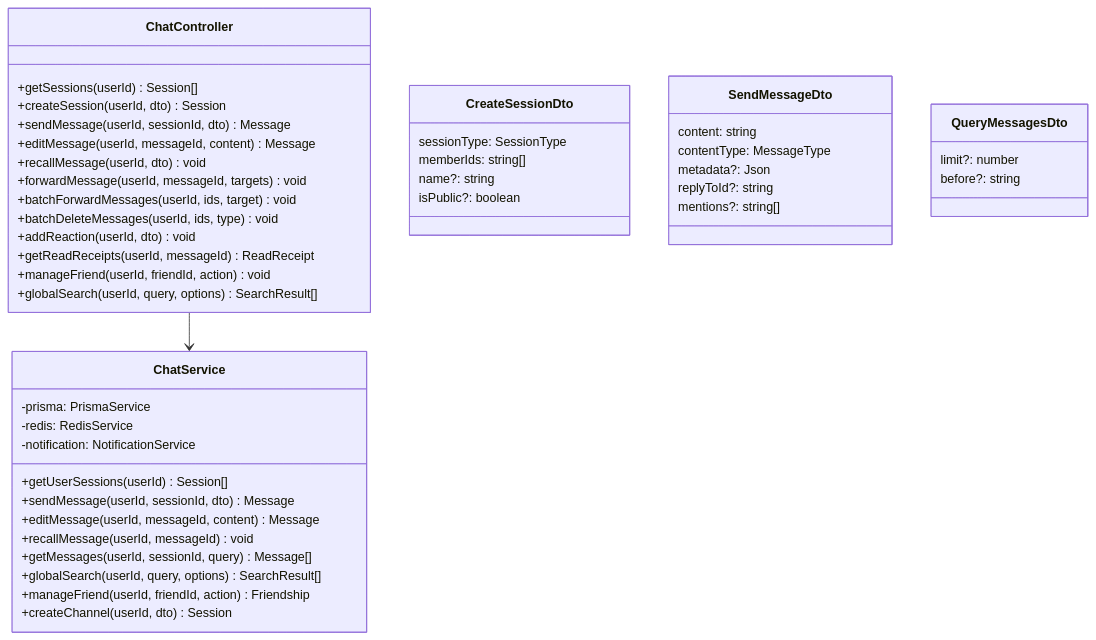
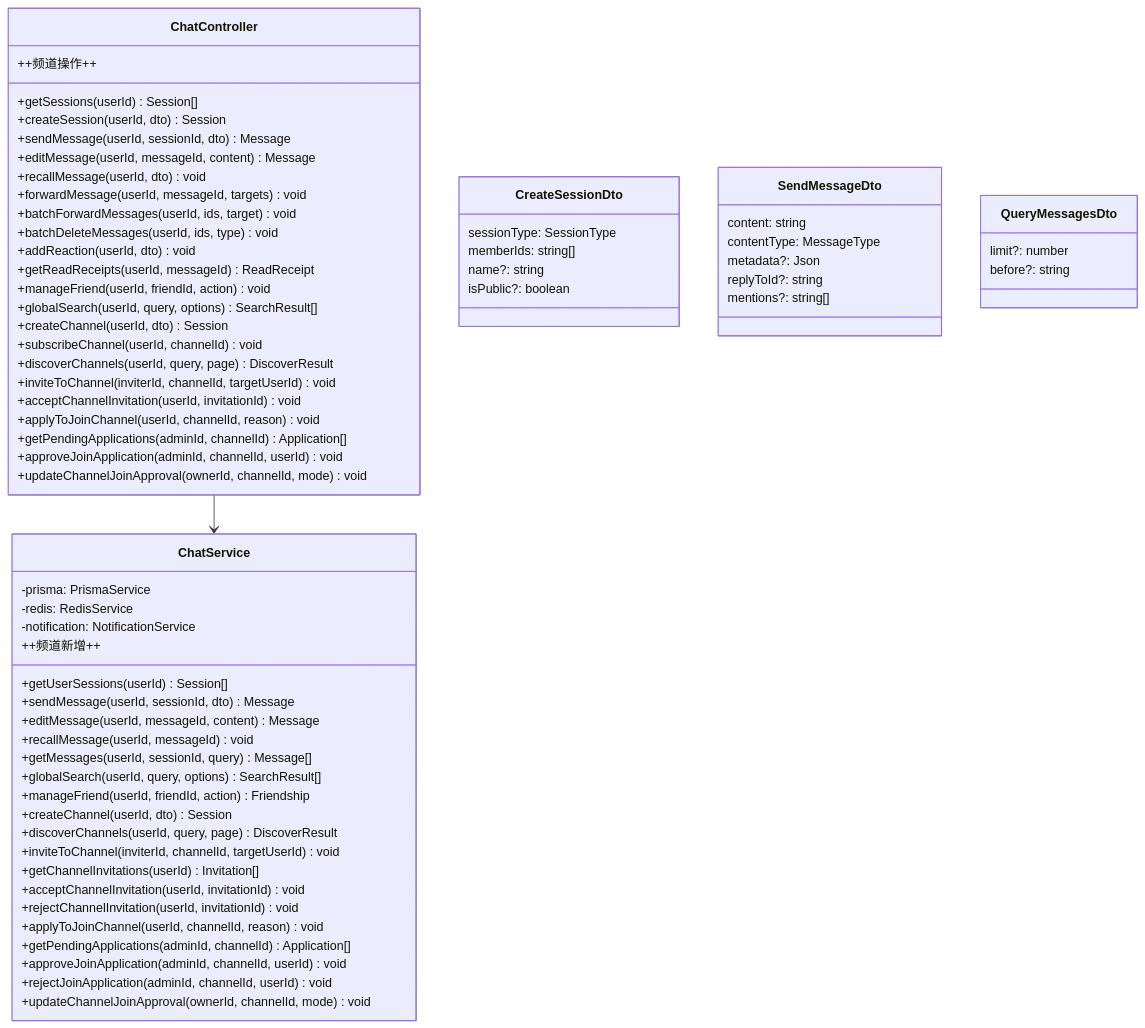
One commit to Elyxiya/chat-ai changed the second of 3 diagrams in docs/项目核心功能介绍/后端/02-聊天模块.md. Above: the diagram before and after it, drawn with Mermaid. The commit also changed other lines of this file and 49 other files, not shown here.

````diff
--- a/docs/项目核心功能介绍/后端/02-聊天模块.md
+++ b/docs/项目核心功能介绍/后端/02-聊天模块.md
@@ -107,53 +119,74 @@
 ```mermaid
 classDiagram
     class ChatController {
         +getSessions(userId) Session[]
         +createSession(userId, dto) Session
         +sendMessage(userId, sessionId, dto) Message
         +editMessage(userId, messageId, content) Message
         +recallMessage(userId, dto) void
         +forwardMessage(userId, messageId, targets) void
         +batchForwardMessages(userId, ids, target) void
         +batchDeleteMessages(userId, ids, type) void
         +addReaction(userId, dto) void
         +getReadReceipts(userId, messageId) ReadReceipt
         +manageFriend(userId, friendId, action) void
         +globalSearch(userId, query, options) SearchResult[]
+        ++频道操作++
+        +createChannel(userId, dto) Session
+        +subscribeChannel(userId, channelId) void
+        +discoverChannels(userId, query, page) DiscoverResult
+        +inviteToChannel(inviterId, channelId, targetUserId) void
+        +acceptChannelInvitation(userId, invitationId) void
+        +applyToJoinChannel(userId, channelId, reason) void
+        +getPendingApplications(adminId, channelId) Application[]
+        +approveJoinApplication(adminId, channelId, userId) void
+        +updateChannelJoinApproval(ownerId, channelId, mode) void
     }
 
     class ChatService {
         -prisma: PrismaService
         -redis: RedisService
         -notification: NotificationService
         +getUserSessions(userId) Session[]
         +sendMessage(userId, sessionId, dto) Message
         +editMessage(userId, messageId, content) Message
         +recallMessage(userId, messageId) void
         +getMessages(userId, sessionId, query) Message[]
         +globalSearch(userId, query, options) SearchResult[]
         +manageFriend(userId, friendId, action) Friendship
         +createChannel(userId, dto) Session
+        ++频道新增++
+        +discoverChannels(userId, query, page) DiscoverResult
+        +inviteToChannel(inviterId, channelId, targetUserId) void
+        +getChannelInvitations(userId) Invitation[]
+        +acceptChannelInvitation(userId, invitationId) void
+        +rejectChannelInvitation(userId, invitationId) void
+        +applyToJoinChannel(userId, channelId, reason) void
+        +getPendingApplications(adminId, channelId) Application[]
+        +approveJoinApplication(adminId, channelId, userId) void
+        +rejectJoinApplication(adminId, channelId, userId) void
+        +updateChannelJoinApproval(ownerId, channelId, mode) void
     }
 
     ChatController --> ChatService
 
     class CreateSessionDto {
         sessionType: SessionType
         memberIds: string[]
         name?: string
         isPublic?: boolean
     }
 
     class SendMessageDto {
         content: string
         contentType: MessageType
         metadata?: Json
         replyToId?: string
         mentions?: string[]
     }
 
     class QueryMessagesDto {
         limit?: number
         before?: string
     }
 ```
````
